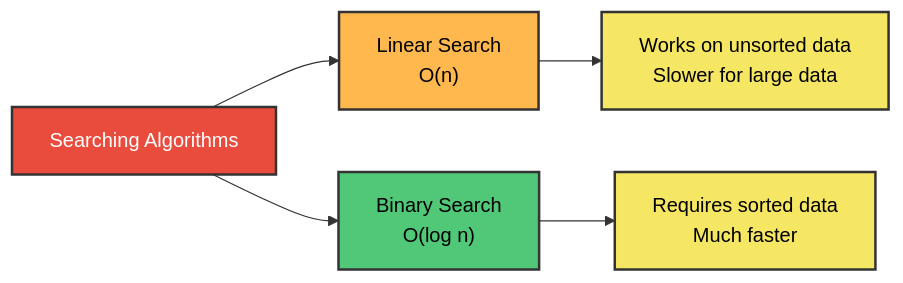
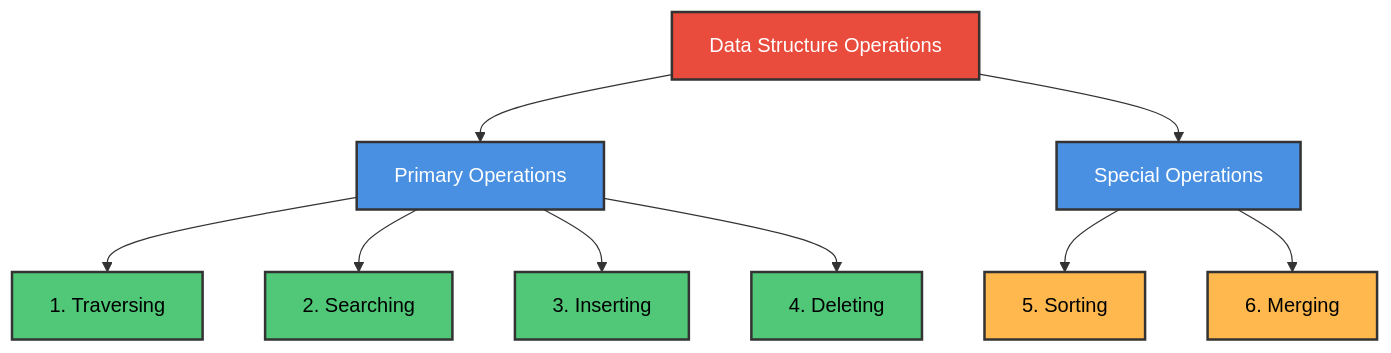
Diagram 18 of 29 in Chapter 1 - Introduction and Overview/README.md (M-F-Tushar/CSE-2101-Data-Structure), drawn with Mermaid before and after one commit. The commit also changed other lines of this file, not shown here.

````diff
--- a/Chapter 1 - Introduction and Overview/README.md
+++ b/Chapter 1 - Introduction and Overview/README.md
@@ -912,14 +596,23 @@
 ```mermaid
-graph LR
-    A["Searching Algorithms"] --> B["Linear Search<br/>O(n)"]
-    A --> C["Binary Search<br/>O(log n)"]
+graph TD
+    A["Data Structure Operations"] --> B["Primary Operations"]
+    A --> C["Special Operations"]
     
-    B --> D["Works on unsorted data<br/>Slower for large data"]
-    C --> E["Requires sorted data<br/>Much faster"]
+    B --> D["1. Traversing"]
+    B --> E["2. Searching"]
+    B --> F["3. Inserting"]
+    B --> G["4. Deleting"]
+    
+    C --> H["5. Sorting"]
+    C --> I["6. Merging"]
     
     style A fill:#E94B3C,stroke:#333,stroke-width:2px,color:#fff
-    style B fill:#FFB84D,stroke:#333,stroke-width:2px,color:#000
-    style C fill:#50C878,stroke:#333,stroke-width:2px,color:#000
-    style D fill:#F5E663,stroke:#333,stroke-width:2px,color:#000
-    style E fill:#F5E663,stroke:#333,stroke-width:2px,color:#000
+    style B fill:#4A90E2,stroke:#333,stroke-width:2px,color:#fff
+    style C fill:#4A90E2,stroke:#333,stroke-width:2px,color:#fff
+    style D fill:#50C878,stroke:#333,stroke-width:2px,color:#000
+    style E fill:#50C878,stroke:#333,stroke-width:2px,color:#000
+    style F fill:#50C878,stroke:#333,stroke-width:2px,color:#000
+    style G fill:#50C878,stroke:#333,stroke-width:2px,color:#000
+    style H fill:#FFB84D,stroke:#333,stroke-width:2px,color:#000
+    style I fill:#FFB84D,stroke:#333,stroke-width:2px,color:#000
 ```
````
